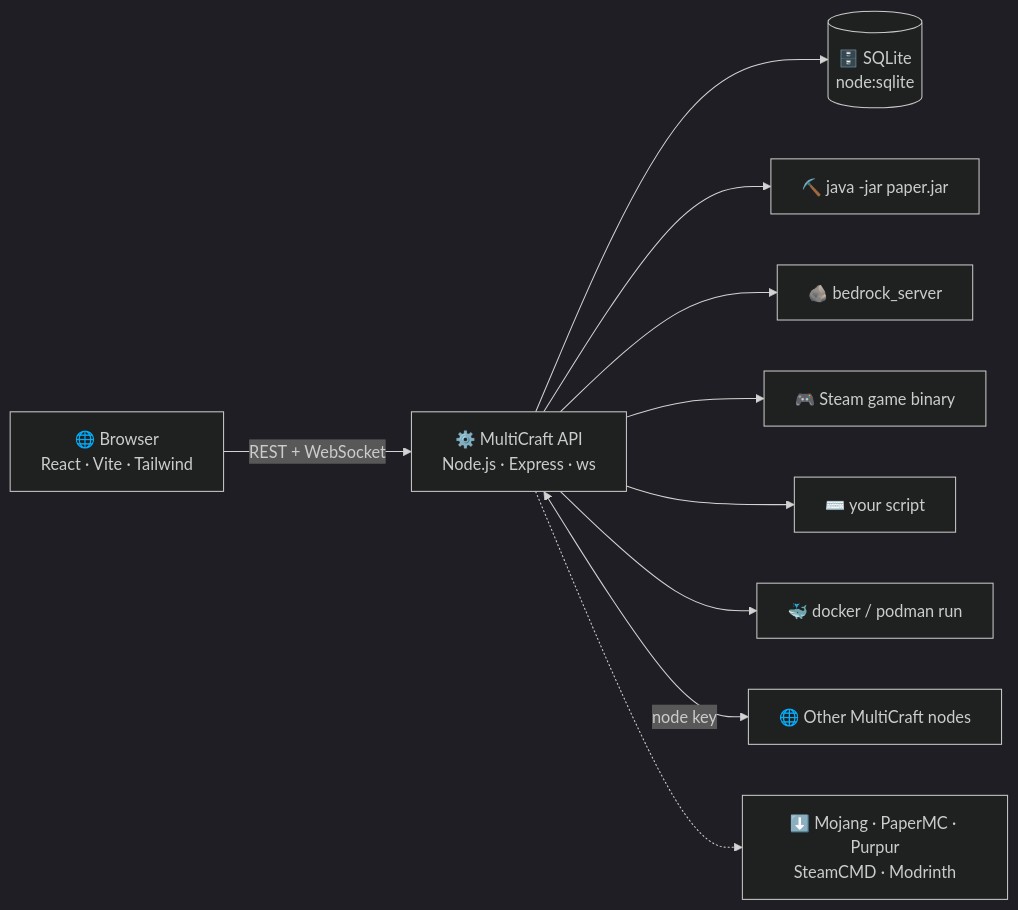
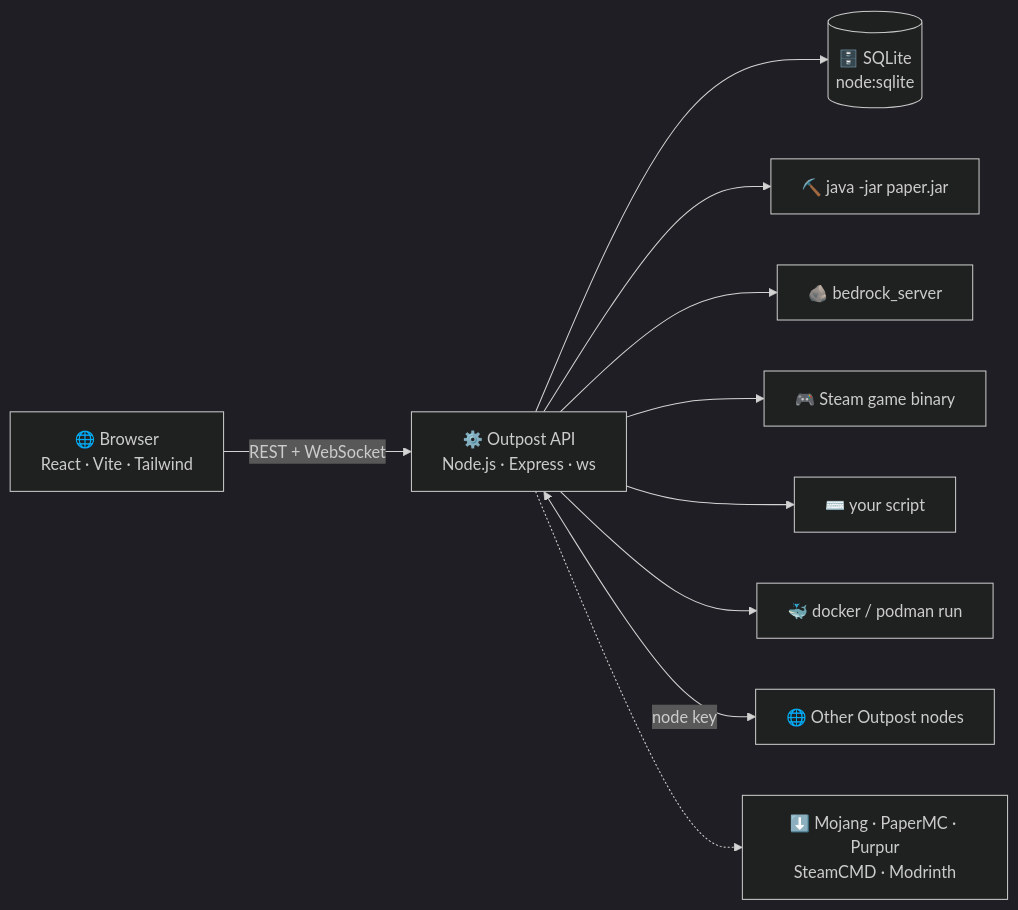
The diagram in README.md (niruxx/MultiCraft), drawn with Mermaid (dark theme) before and after one commit. The commit also changed other lines of this file and 65 other files, not shown here.

````diff
--- a/README.md
+++ b/README.md
@@ -532,12 +586,12 @@
 ```mermaid
 flowchart LR
-  B["🌐 Browser<br/>React · Vite · Tailwind"] -- "REST + WebSocket" --> P["⚙️ MultiCraft API<br/>Node.js · Express · ws"]
+  B["🌐 Browser<br/>React · Vite · Tailwind"] -- "REST + WebSocket" --> P["⚙️ Outpost API<br/>Node.js · Express · ws"]
   P --> DB[("🗄️ SQLite<br/>node:sqlite")]
   P --> S1["⛏️ java -jar paper.jar"]
   P --> S2["🪨 bedrock_server"]
   P --> S3["🎮 Steam game binary"]
   P --> S4["⌨️ your script"]
   P --> S5["🐳 docker / podman run"]
-  P <-->|node key| N["🌐 Other MultiCraft nodes"]
+  P <-->|node key| N["🌐 Other Outpost nodes"]
   P -.-> X["⬇️ Mojang · PaperMC · Purpur<br/>SteamCMD · Modrinth"]
 ```
````
